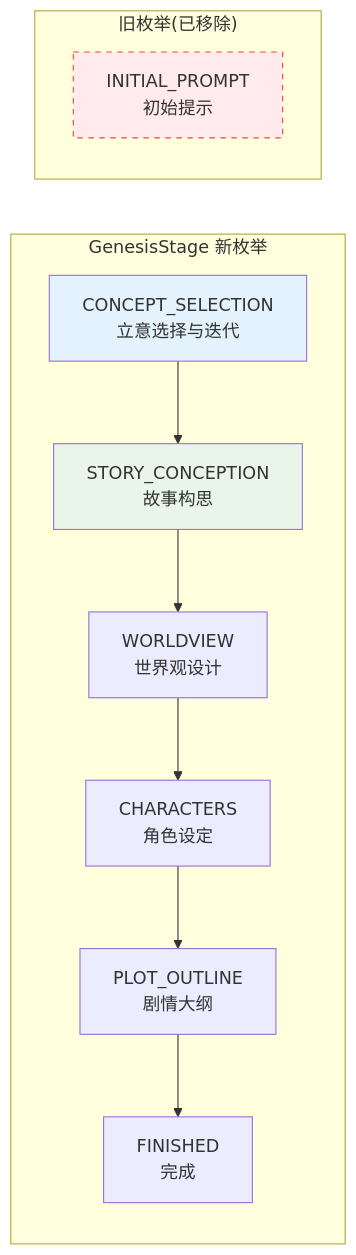
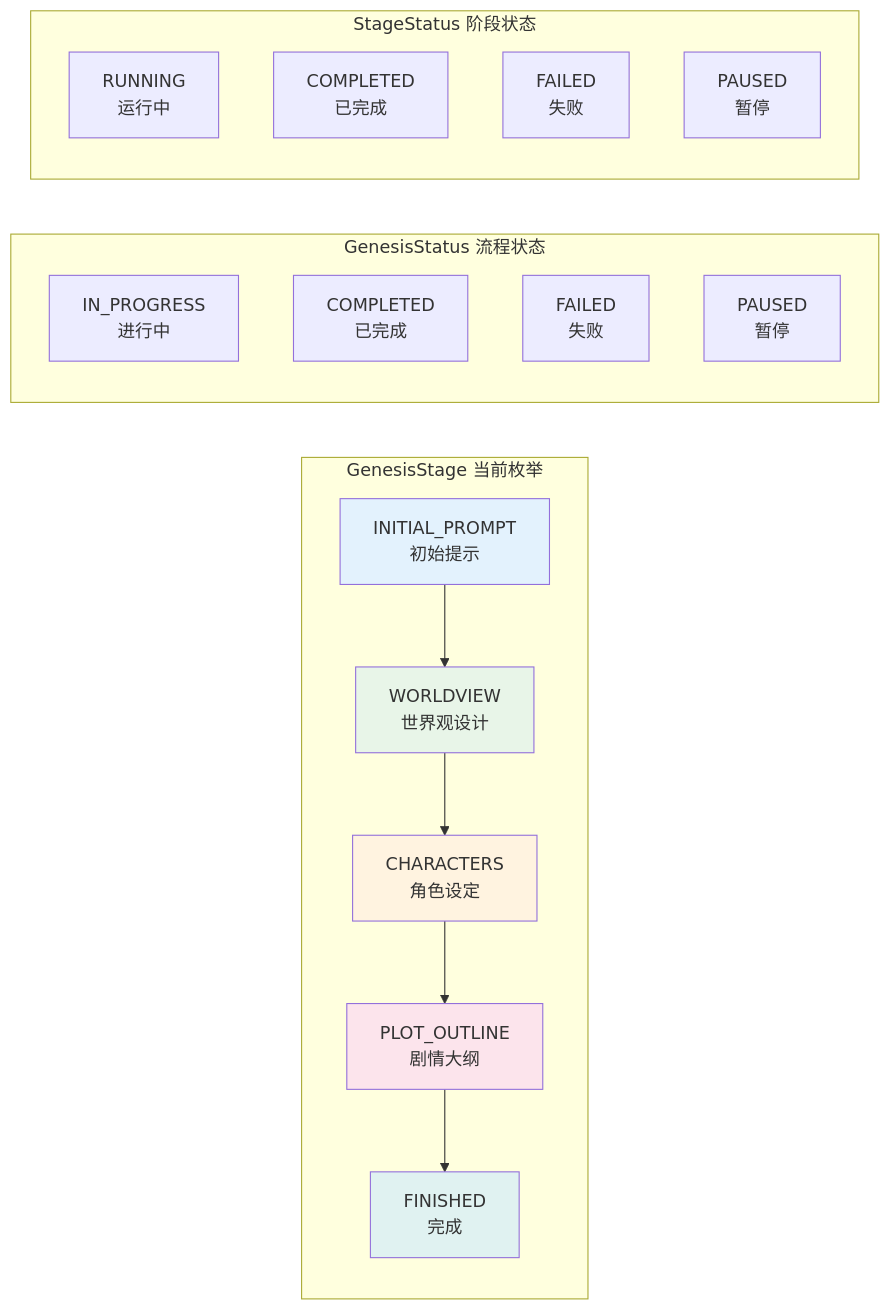
One commit to zhiyue/infinite-scribe changed the fourth of 6 diagrams in docs/design/workflows/GENESIS_FLOW_REDESIGN.md. Above: the diagram before and after it, drawn with Mermaid. The commit also changed other lines of this file, not shown here.

````diff
--- a/docs/design/workflows/GENESIS_FLOW_REDESIGN.md
+++ b/docs/design/workflows/GENESIS_FLOW_REDESIGN.md
@@ -182,21 +217,32 @@
 ```mermaid
 graph LR
-    subgraph "GenesisStage 新枚举"
-        CS[CONCEPT_SELECTION<br/>立意选择与迭代]
-        SC[STORY_CONCEPTION<br/>故事构思]
+    subgraph "GenesisStage 当前枚举"
+        IP[INITIAL_PROMPT<br/>初始提示]
         WV[WORLDVIEW<br/>世界观设计]
         CH[CHARACTERS<br/>角色设定]
         PO[PLOT_OUTLINE<br/>剧情大纲]
         FI[FINISHED<br/>完成]
-        
-        CS --> SC --> WV --> CH --> PO --> FI
+
+        IP --> WV --> CH --> PO --> FI
     end
-    
-    subgraph "旧枚举(已移除)"
-        IP[INITIAL_PROMPT<br/>初始提示]
+
+    subgraph "GenesisStatus 流程状态"
+        PROG[IN_PROGRESS<br/>进行中]
+        COMP[COMPLETED<br/>已完成]
+        FAIL[FAILED<br/>失败]
+        PAUS[PAUSED<br/>暂停]
     end
-    
-    style CS fill:#e3f2fd
-    style SC fill:#e8f5e8
-    style IP fill:#ffebee,stroke:#f44336,stroke-dasharray: 5 5
+
+    subgraph "StageStatus 阶段状态"
+        RUN[RUNNING<br/>运行中]
+        DONE[COMPLETED<br/>已完成]
+        ERR[FAILED<br/>失败]
+        STOP[PAUSED<br/>暂停]
+    end
+
+    style IP fill:#e3f2fd
+    style WV fill:#e8f5e8
+    style CH fill:#fff3e0
+    style PO fill:#fce4ec
+    style FI fill:#e0f2f1
 ```
````
